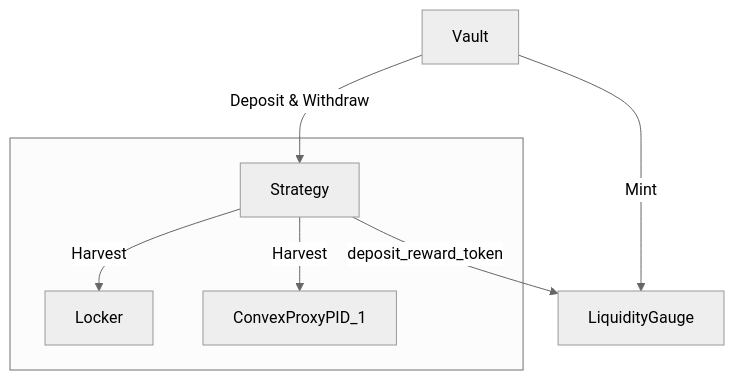
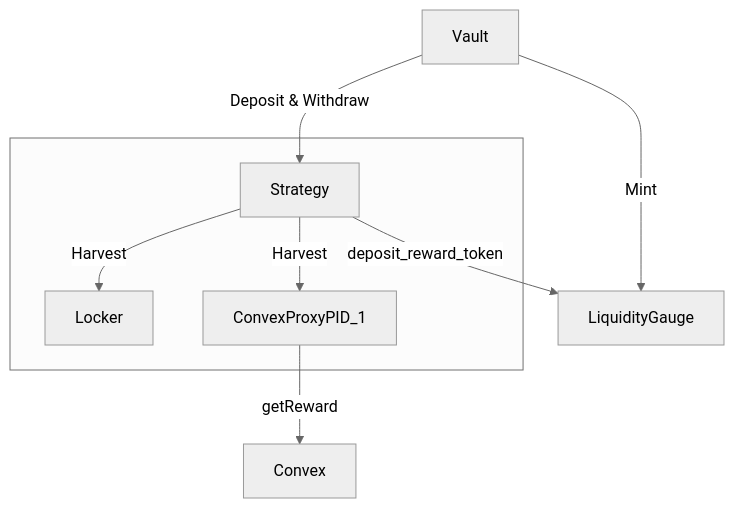
Before and after one commit to stake-dao/only-boost: the second of 2 diagrams in README.md, drawn with Mermaid (neutral theme).

Commit message:
chore: add convex in harvest flow

````diff
--- a/README.md
+++ b/README.md
@@ -54,14 +54,15 @@
 ```mermaid
 
 graph TD
     Vault -->|Deposit & Withdraw| Strategy
     Vault -->|Mint| LiquidityGauge
 
     subgraph OnlyBoost[ ]
     Strategy -->|Harvest| Locker
     Strategy -->|Harvest| ConvexProxyPID_1
     end
 
+    ConvexProxyPID_1 -->|getReward| Convex
     Strategy -->|deposit_reward_token| LiquidityGauge
 
 ```
````
